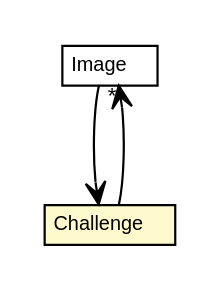
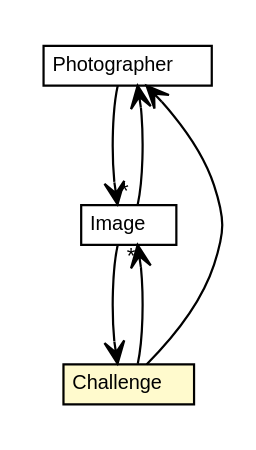
The diagram in flickrvote-model/apidocs/net/chrissearle/flickrvote/model/Challenge.dot (chrissearle/twphch), drawn with Graphviz before and after one commit. The commit also changed 2453 other files, not shown here.

```diff
--- a/flickrvote-model/apidocs/net/chrissearle/flickrvote/model/Challenge.dot
+++ b/flickrvote-model/apidocs/net/chrissearle/flickrvote/model/Challenge.dot
@@ -1,26 +1,38 @@
 #!/usr/local/bin/dot
 #
 # Class diagram 
 # Generated by UmlGraph version 4.6 (http://www.spinellis.gr/sw/umlgraph)
 #
 
 digraph G {
 	edge [fontname="Helvetica",fontsize=10,labelfontname="Helvetica",labelfontsize=10];
 	node [fontname="Helvetica",fontsize=10,shape=plaintext];
+	// net.chrissearle.flickrvote.model.Photographer
+	c37 [label=<<table border="0" cellborder="1" cellspacing="0" cellpadding="2" port="p" href="./Photographer.html">
+		<tr><td><table border="0" cellspacing="0" cellpadding="1">
+			<tr><td> Photographer </td></tr>
+		</table></td></tr>
+		</table>>, fontname="Helvetica", fontcolor="black", fontsize=9.0];
 	// net.chrissearle.flickrvote.model.Image
 	c38 [label=<<table border="0" cellborder="1" cellspacing="0" cellpadding="2" port="p" href="./Image.html">
 		<tr><td><table border="0" cellspacing="0" cellpadding="1">
 			<tr><td> Image </td></tr>
 		</table></td></tr>
 		</table>>, fontname="Helvetica", fontcolor="black", fontsize=9.0];
 	// net.chrissearle.flickrvote.model.Challenge
 	c40 [label=<<table border="0" cellborder="1" cellspacing="0" cellpadding="2" port="p" bgcolor="lemonChiffon" href="./Challenge.html">
 		<tr><td><table border="0" cellspacing="0" cellpadding="1">
 			<tr><td> Challenge </td></tr>
 		</table></td></tr>
 		</table>>, fontname="Helvetica", fontcolor="black", fontsize=9.0];
+	// net.chrissearle.flickrvote.model.Photographer NAVASSOC net.chrissearle.flickrvote.model.Image
+	c37:p -> c38:p [taillabel="", label="", headlabel="*", fontname="Helvetica", fontcolor="black", fontsize=10.0, color="black", arrowhead=open];
 	// net.chrissearle.flickrvote.model.Image NAVASSOC net.chrissearle.flickrvote.model.Challenge
 	c38:p -> c40:p [taillabel="", label="", headlabel="", fontname="Helvetica", fontcolor="black", fontsize=10.0, color="black", arrowhead=open];
+	// net.chrissearle.flickrvote.model.Image NAVASSOC net.chrissearle.flickrvote.model.Photographer
+	c38:p -> c37:p [taillabel="", label="", headlabel="", fontname="Helvetica", fontcolor="black", fontsize=10.0, color="black", arrowhead=open];
 	// net.chrissearle.flickrvote.model.Challenge NAVASSOC net.chrissearle.flickrvote.model.Image
 	c40:p -> c38:p [taillabel="", label="", headlabel="*", fontname="Helvetica", fontcolor="black", fontsize=10.0, color="black", arrowhead=open];
+	// net.chrissearle.flickrvote.model.Challenge NAVASSOC net.chrissearle.flickrvote.model.Photographer
+	c40:p -> c37:p [taillabel="", label="", headlabel="", fontname="Helvetica", fontcolor="black", fontsize=10.0, color="black", arrowhead=open];
 }
```
